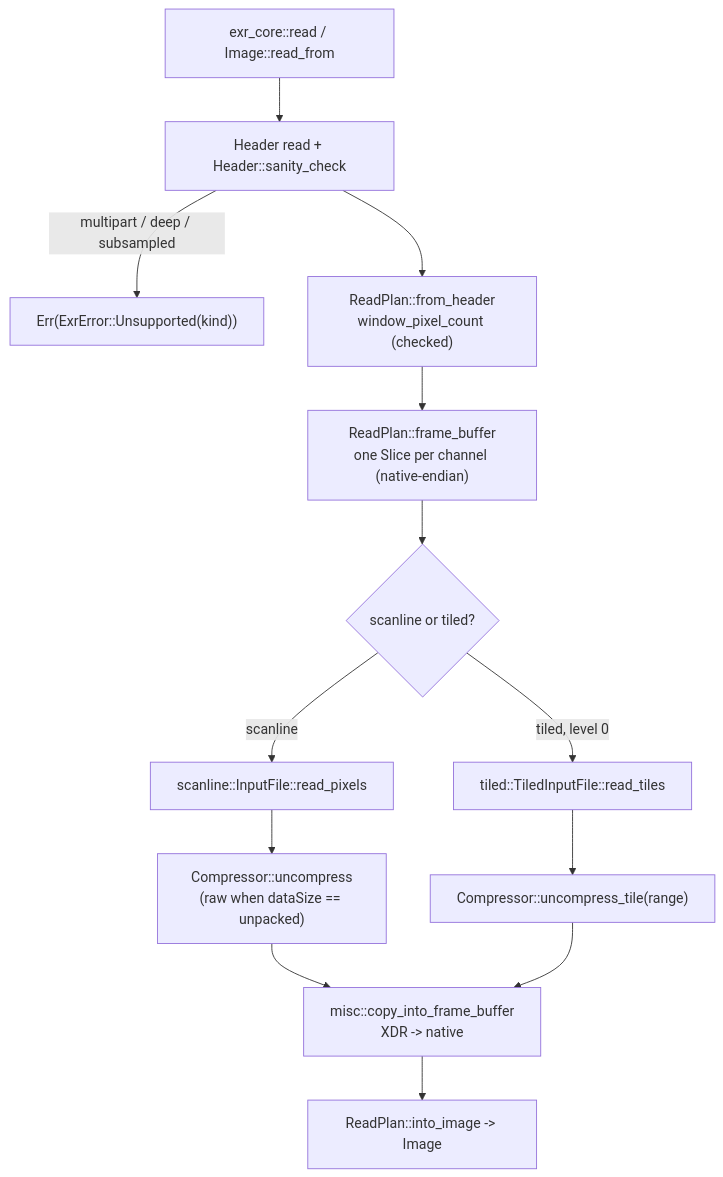
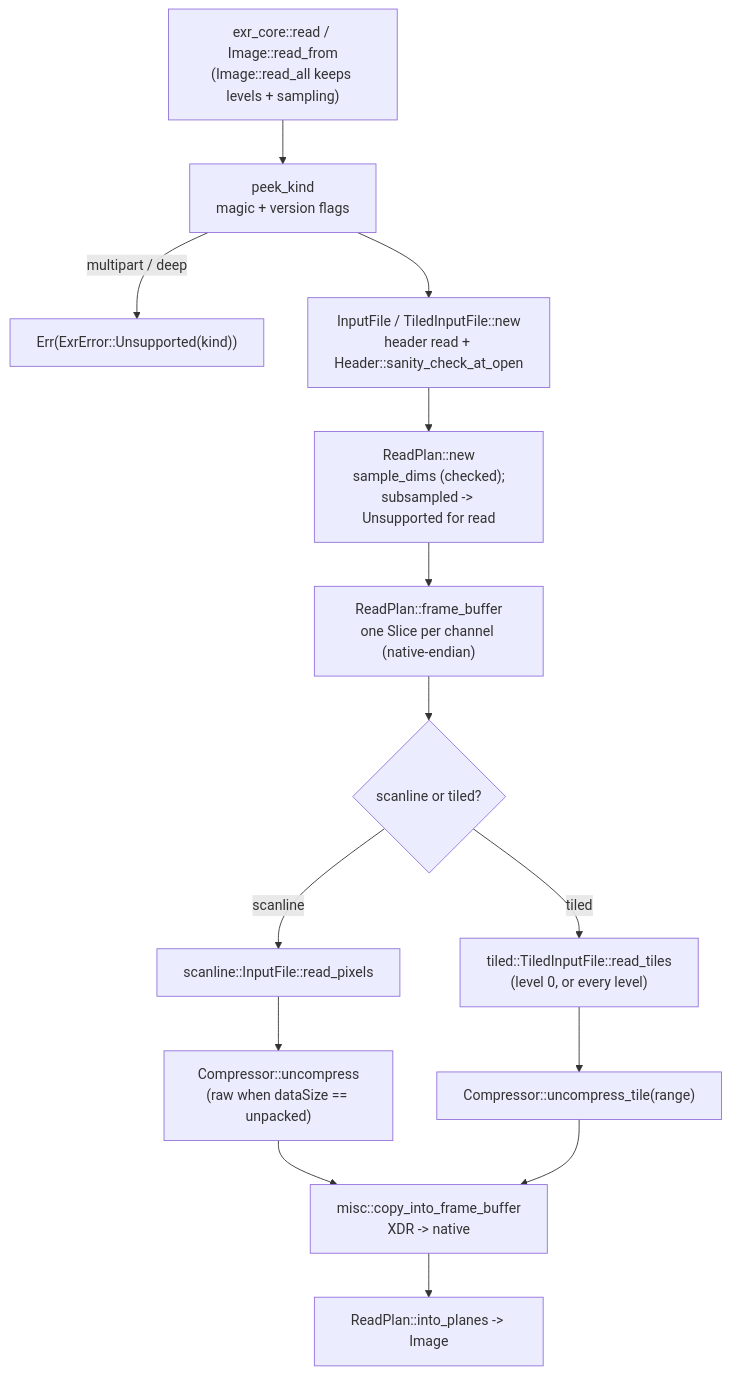
One commit to ssoj13/exr-rs changed the second of 9 diagrams in docs/DIAGRAMS.md. Above: the diagram before and after it, drawn with Mermaid. The commit also changed other lines of this file and 18 other files, not shown here.

````diff
--- a/docs/DIAGRAMS.md
+++ b/docs/DIAGRAMS.md
@@ -43,15 +49,16 @@
 ```mermaid
 flowchart TD
-    R["exr_core::read / Image::read_from"] --> H["Header read + Header::sanity_check"]
-    H -->|multipart / deep / subsampled| U["Err(ExrError::Unsupported(kind))"]
-    H --> P["ReadPlan::from_header<br/>window_pixel_count (checked)"]
+    R["exr_core::read / Image::read_from<br/>(Image::read_all keeps levels + sampling)"] --> K["peek_kind<br/>magic + version flags"]
+    K -->|multipart / deep| U["Err(ExrError::Unsupported(kind))"]
+    K --> H["InputFile / TiledInputFile::new<br/>header read + Header::sanity_check_at_open"]
+    H --> P["ReadPlan::new<br/>sample_dims (checked);<br/>subsampled -> Unsupported for read"]
     P --> FB["ReadPlan::frame_buffer<br/>one Slice per channel (native-endian)"]
     FB --> S{"scanline or tiled?"}
     S -->|scanline| SI["scanline::InputFile::read_pixels"]
-    S -->|tiled, level 0| TI["tiled::TiledInputFile::read_tiles"]
+    S -->|tiled| TI["tiled::TiledInputFile::read_tiles<br/>(level 0, or every level)"]
     SI --> D["Compressor::uncompress<br/>(raw when dataSize == unpacked)"]
     TI --> DT["Compressor::uncompress_tile(range)"]
     D --> C["misc::copy_into_frame_buffer<br/>XDR -> native"]
     DT --> C
-    C --> I["ReadPlan::into_image -> Image"]
+    C --> I["ReadPlan::into_planes -> Image"]
 ```
````
